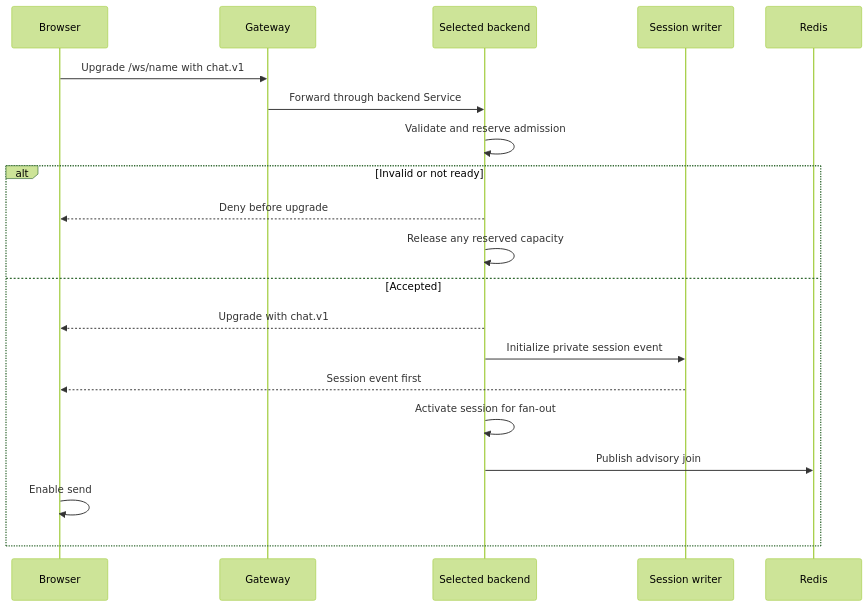
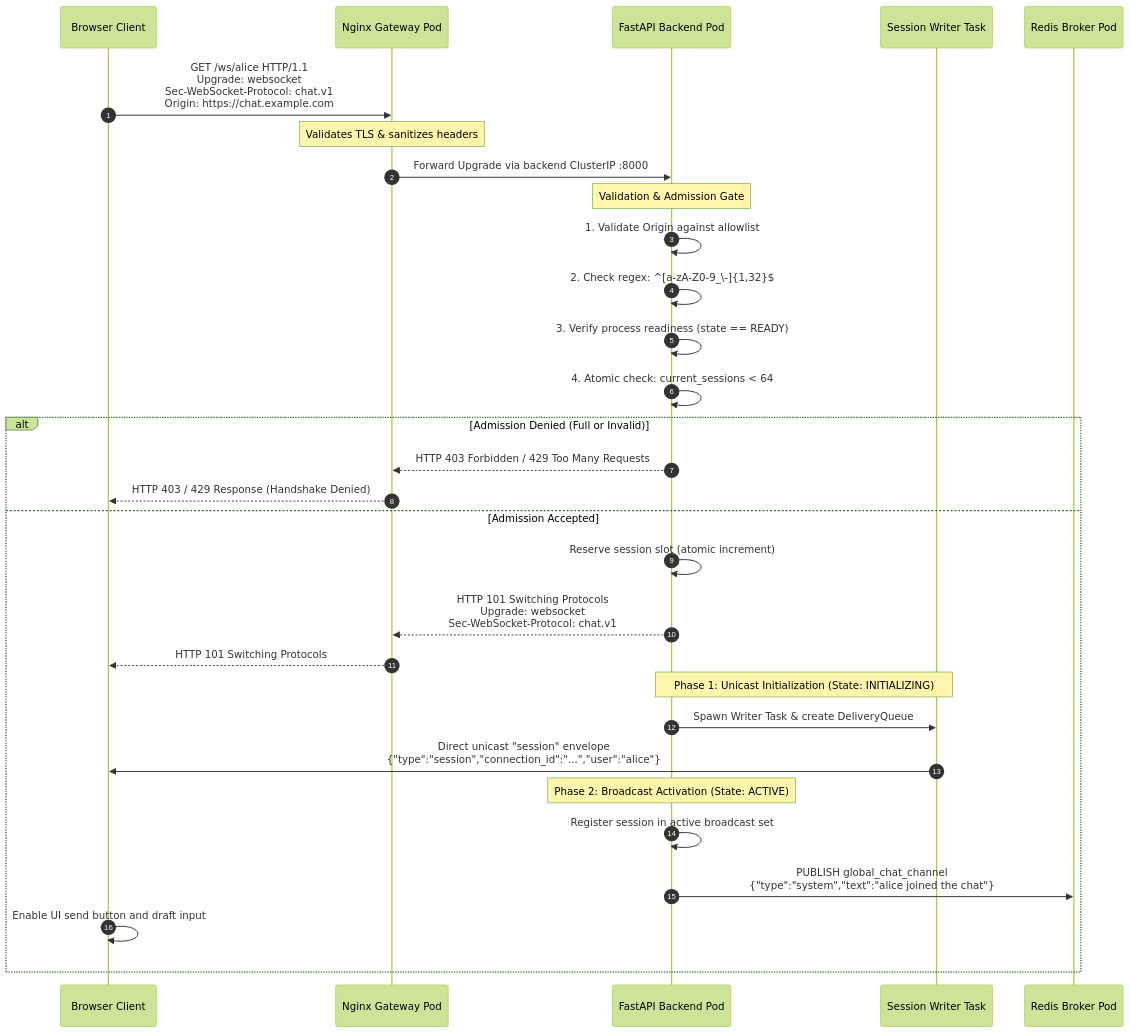
The first of 7 diagrams in docs/design/SEQUENCE_DIAGRAMS.md (pawankgandhi15/Chat_App), drawn with Mermaid (forest theme) before and after one commit. The commit also changed other lines of this file and 11 other files, not shown here.

Commit message:
docs(design): upgrade architecture specifications, sequence flows, and templates to Revision 5

````diff
--- a/docs/design/SEQUENCE_DIAGRAMS.md
+++ b/docs/design/SEQUENCE_DIAGRAMS.md
@@ -9,22 +13,37 @@
 ```mermaid
 sequenceDiagram
-    participant C as Browser
-    participant G as Gateway
-    participant B as Selected backend
-    participant W as Session writer
-    participant R as Redis
-    C->>G: Upgrade /ws/name with chat.v1
-    G->>B: Forward through backend Service
-    B->>B: Validate and reserve admission
-    alt Invalid or not ready
-        B-->>C: Deny before upgrade
-        B->>B: Release any reserved capacity
-    else Accepted
-        B-->>C: Upgrade with chat.v1
-        B->>W: Initialize private session event
-        W-->>C: Session event first
-        B->>B: Activate session for fan-out
-        B->>R: Publish advisory join
-        C->>C: Enable send
+    autonumber
+    participant C as Browser Client
+    participant GW as Nginx Gateway Pod
+    participant BE as FastAPI Backend Pod
+    participant W as Session Writer Task
+    participant R as Redis Broker Pod
+
+    C->>GW: GET /ws/alice HTTP/1.1<br/>Upgrade: websocket<br/>Sec-WebSocket-Protocol: chat.v1<br/>Origin: https://chat.example.com
+    Note over GW: Validates TLS & sanitizes headers
+    GW->>BE: Forward Upgrade via backend ClusterIP :8000
+    
+    Note over BE: Validation & Admission Gate
+    BE->>BE: 1. Validate Origin against allowlist
+    BE->>BE: 2. Check regex: ^[a-zA-Z0-9_\-]{1,32}$
+    BE->>BE: 3. Verify process readiness (state == READY)
+    BE->>BE: 4. Atomic check: current_sessions < 64
+
+    alt Admission Denied (Full or Invalid)
+        BE-->>GW: HTTP 403 Forbidden / 429 Too Many Requests
+        GW-->>C: HTTP 403 / 429 Response (Handshake Denied)
+    else Admission Accepted
+        BE->>BE: Reserve session slot (atomic increment)
+        BE-->>GW: HTTP 101 Switching Protocols<br/>Upgrade: websocket<br/>Sec-WebSocket-Protocol: chat.v1
+        GW-->>C: HTTP 101 Switching Protocols
+        
+        Note over BE,W: Phase 1: Unicast Initialization (State: INITIALIZING)
+        BE->>W: Spawn Writer Task & create DeliveryQueue
+        W->>C: Direct unicast "session" envelope<br/>{"type":"session","connection_id":"...","user":"alice"}
+        
+        Note over BE: Phase 2: Broadcast Activation (State: ACTIVE)
+        BE->>BE: Register session in active broadcast set
+        BE->>R: PUBLISH global_chat_channel<br/>{"type":"system","text":"alice joined the chat"}
+        C->>C: Enable UI send button and draft input
     end
 ```
````
